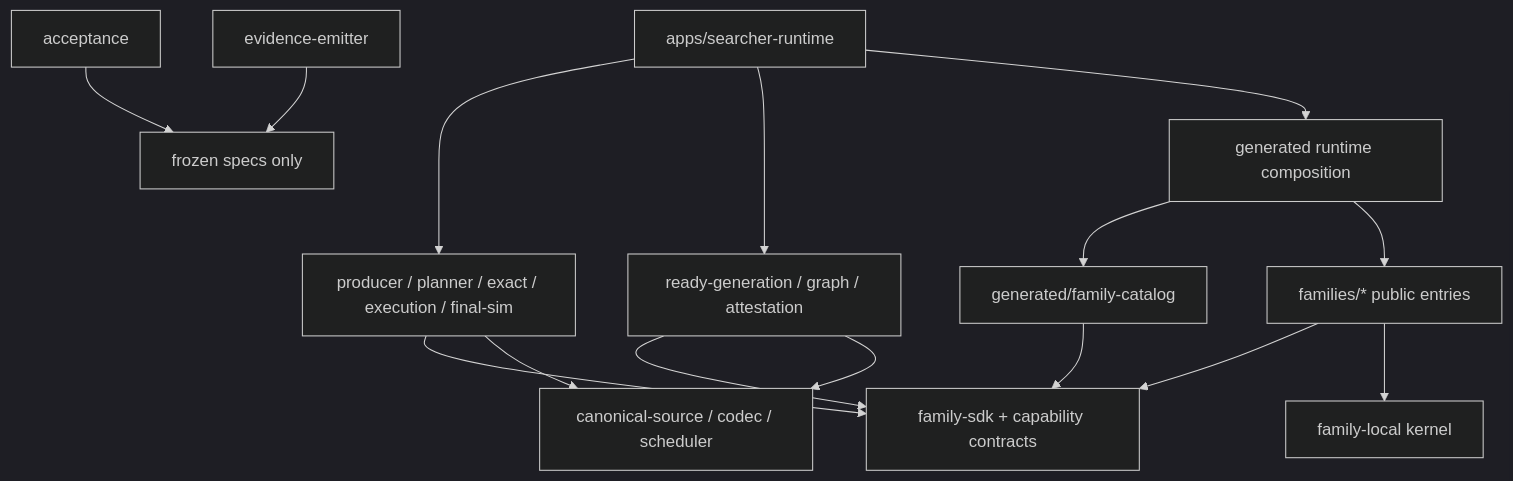
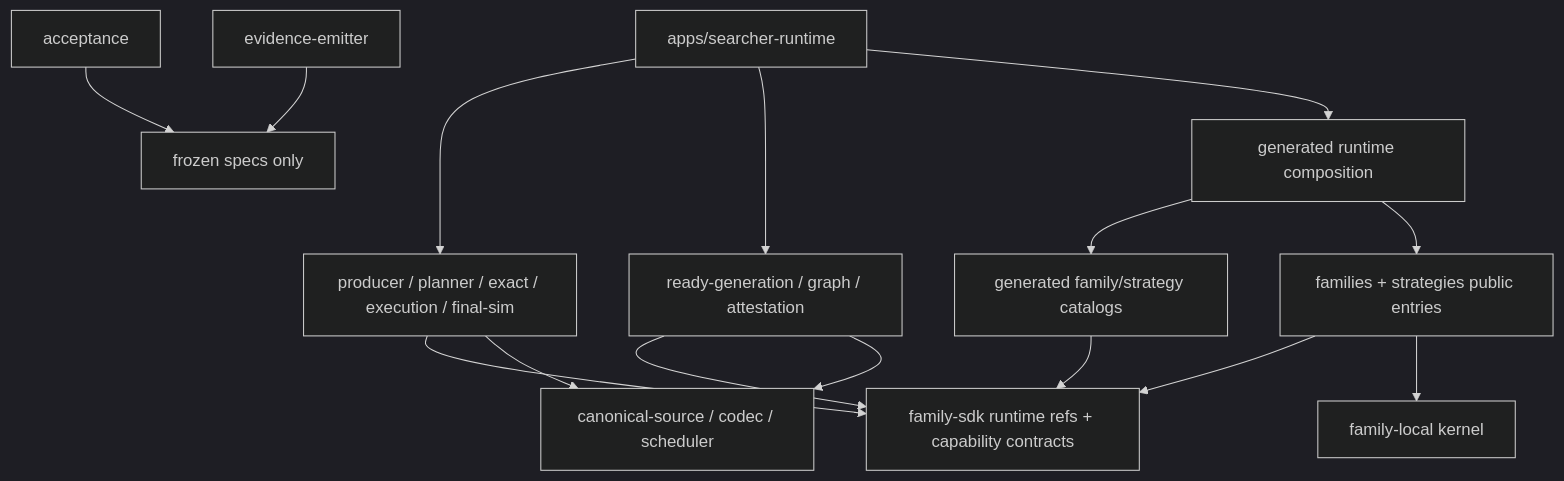
The diagram in docs/research/design/aloha-greenfield-searcher-architecture.md (EuniceLeeee/c0ffeebabe.eth), drawn with Mermaid (dark theme) before and after one commit. The commit also changed other lines of this file, not shown here.

Commit message:
docs: finalize Aloha greenfield fact acceptance architecture

```diff
--- a/docs/research/design/aloha-greenfield-searcher-architecture.md
+++ b/docs/research/design/aloha-greenfield-searcher-architecture.md
@@ -505,17 +555,17 @@
 ~~~mermaid
 flowchart TD
   APP["apps/searcher-runtime"] --> PROD["producer / planner / exact / execution / final-sim"]
   APP --> GEN["ready-generation / graph / attestation"]
   APP --> COMPOSE["generated runtime composition"]
-  COMPOSE --> CAT["generated/family-catalog"]
-  COMPOSE --> FAM["families/* public entries"]
-  CAT --> SDK["family-sdk + capability contracts"]
+  COMPOSE --> CAT["generated family/strategy catalogs"]
+  COMPOSE --> FAM["families + strategies public entries"]
+  CAT --> SDK["family-sdk runtime refs + capability contracts"]
   FAM --> SDK
   FAM --> KERNEL["family-local kernel"]
   PROD --> SDK
   PROD --> CORE["canonical-source / codec / scheduler"]
   GEN --> SDK
   GEN --> CORE
   ACCEPT["acceptance"] --> SPEC["frozen specs only"]
   EMIT["evidence-emitter"] --> SPEC
 ~~~
```
